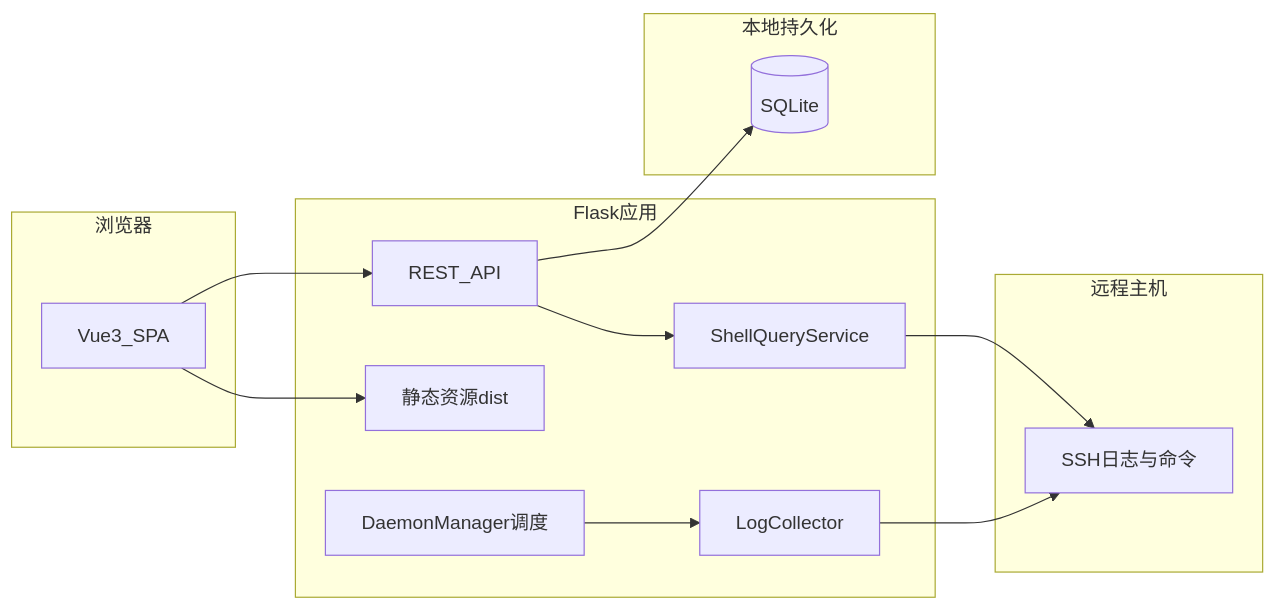
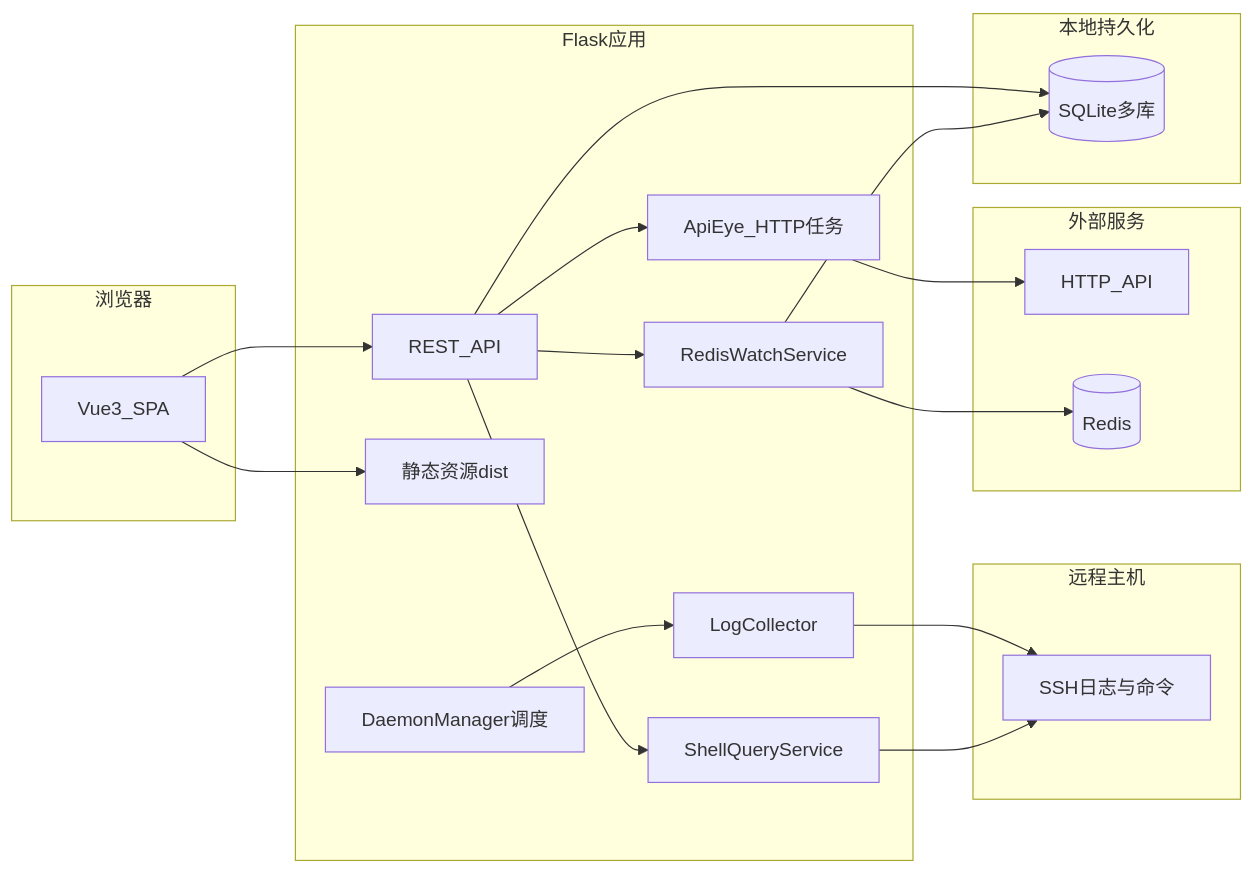
The diagram in README.md (WaterLoran/Spotter), drawn with Mermaid before and after one commit. The commit also changed other lines of this file and 24 other files, not shown here.

Commit message:
提交 redis的查询-CDC功能, 追加部分功能的页面截图到reademe中

````diff
--- a/README.md
+++ b/README.md
@@ -36,26 +58,37 @@
 ```mermaid
 flowchart LR
   subgraph client [浏览器]
     Vue[Vue3_SPA]
   end
   subgraph server [Flask应用]
     API[REST_API]
     Static[静态资源dist]
     Collector[LogCollector]
     Scheduler[DaemonManager调度]
     Shell[ShellQueryService]
+    ApiEye[ApiEye_HTTP任务]
+    RedisEye[RedisWatchService]
   end
   subgraph remote [远程主机]
     SSH[SSH日志与命令]
   end
+  subgraph external [外部服务]
+    Http[HTTP_API]
+    Redis[(Redis)]
+  end
   subgraph storage [本地持久化]
-    DB[(SQLite)]
+    DB[(SQLite多库)]
   end
   Vue --> API
   Vue --> Static
   API --> DB
   Scheduler --> Collector
   Collector --> SSH
   Shell --> SSH
   API --> Shell
+  API --> ApiEye
+  ApiEye --> Http
+  API --> RedisEye
+  RedisEye --> Redis
+  RedisEye --> DB
 ```
````
